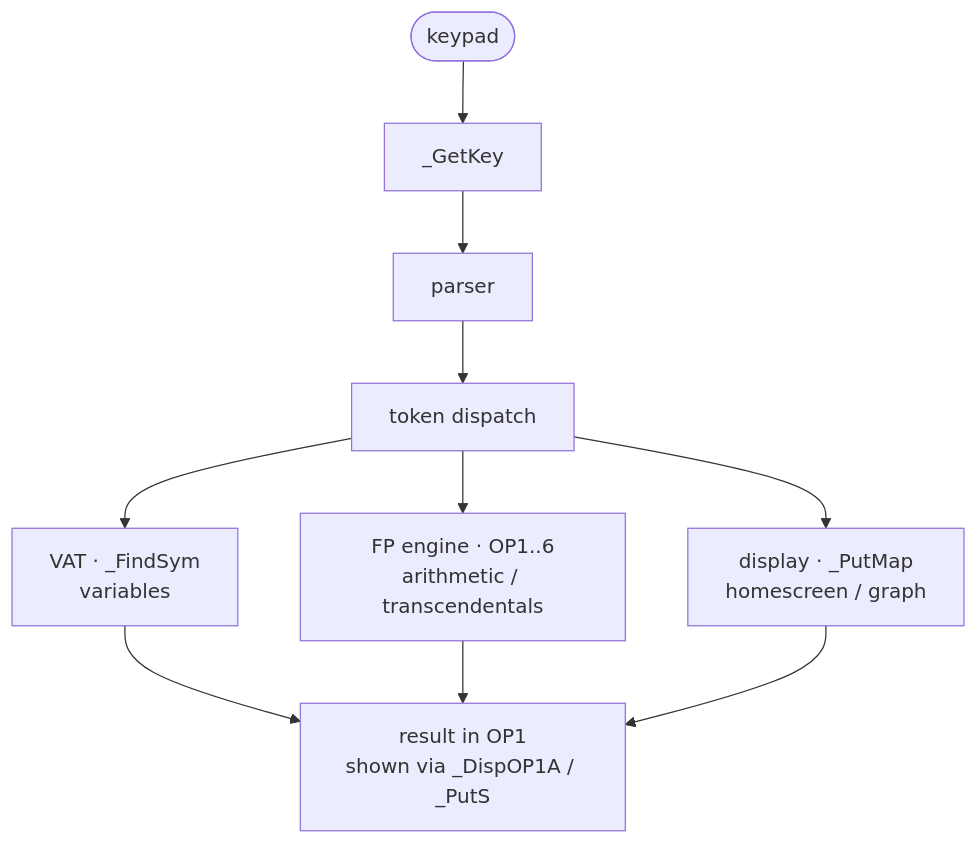
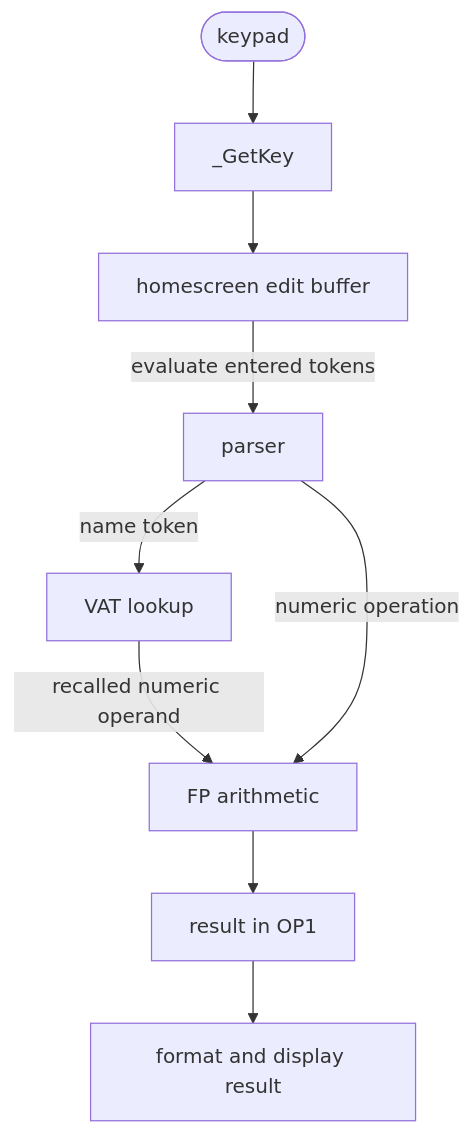
One commit to siraben/ti84p-re changed the diagram in docs/subsystem-map.md. Above: the diagram before and after it, drawn with Mermaid. The commit also changed 10 other files, not shown here.

Commit message:
Correct the algorithms and data flow shown in the wiki diagrams

````diff
--- a/docs/subsystem-map.md
+++ b/docs/subsystem-map.md
@@ -26,10 +26,10 @@
 ```mermaid
 flowchart TD
-    KP([keypad]) --> GK["_GetKey"] --> P[parser] --> TD[token dispatch]
-    TD --> VAT["VAT · _FindSym<br/>variables"]
-    TD --> FP["FP engine · OP1..6<br/>arithmetic / transcendentals"]
-    TD --> DISP["display · _PutMap<br/>homescreen / graph"]
-    VAT --> R["result in OP1<br/>shown via _DispOP1A / _PutS"]
-    FP --> R
-    DISP --> R
+    KP([keypad]) --> GK["_GetKey"] --> HOME["homescreen edit buffer"]
+    HOME -->|evaluate entered tokens| P[parser]
+    P -->|name token| VAT["VAT lookup"]
+    VAT -->|recalled numeric operand| FP["FP arithmetic"]
+    P -->|numeric operation| FP
+    FP --> R["result in OP1"]
+    R --> DISP["format and display result"]
 ```
````
